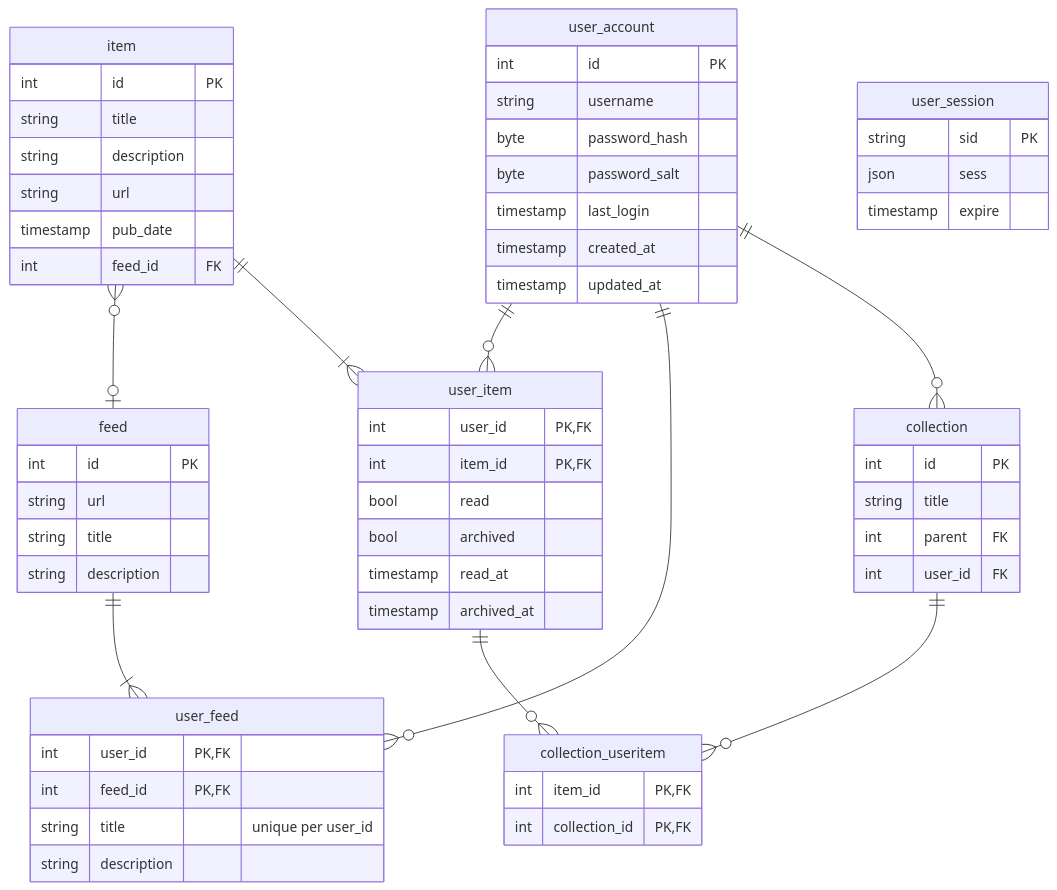
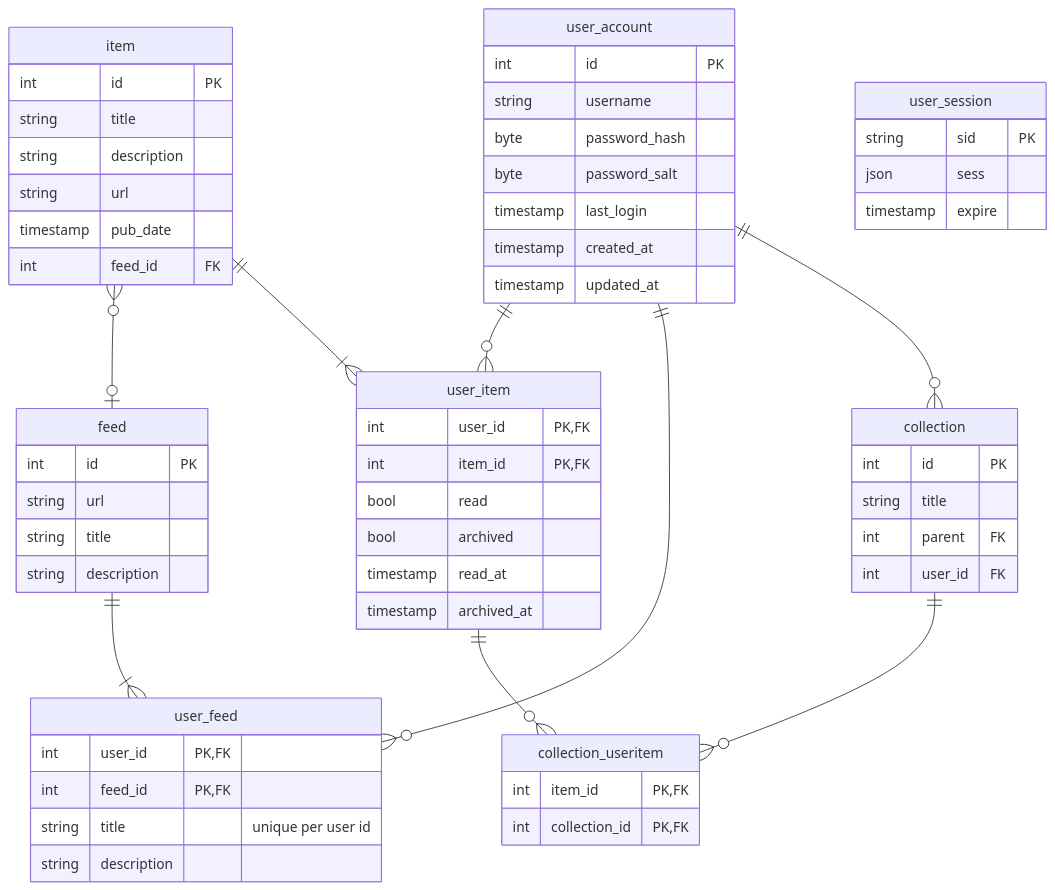
One commit to tylershelton/inflow changed the diagram in database/README.md. Above: the diagram before and after it, drawn with Mermaid.

Commit message:
Clean up underscore that mermaid seems to be tripping up on

````diff
--- a/database/README.md
+++ b/database/README.md
@@ -3,67 +3,67 @@
 ```mermaid
 erDiagram
   collection {
 	  int id PK
 	  string title
 	  int parent FK
 	  int user_id FK
 	}
 	feed {
 		int id PK
 		string url
 		string title
 		string description
 	}
 	item {
 		int id PK
 		string title
 		string description
 		string url
 		timestamp pub_date
 		int feed_id FK
 	}
 	user_account {
 		int id PK
 		string username
 		byte password_hash
 		byte password_salt
 		timestamp last_login
 		timestamp created_at
 		timestamp updated_at
 	}
 	user_session {
 		string sid PK
 		json sess
 		timestamp expire
 	}
 	collection_useritem {
 		int item_id PK,FK
 		int collection_id PK,FK
 	}
 	user_feed {
 		int user_id PK,FK
 		int feed_id PK,FK
-		string title "unique per user_id"
+		string title "unique per user id"
 		string description
 	}
 	user_item {
 		int user_id PK,FK
 		int item_id PK,FK
 		bool read
 		bool archived
 		timestamp read_at
 		timestamp archived_at
 	}
 	
 	item zero or many -- zero or one feed : ""
 	user_item one -- zero or more collection_useritem : ""
 	item one -- one or more user_item : ""
 
 	user_account one -- zero or more user_item  : ""
 	user_account one -- zero or more user_feed  : ""
 	user_account one -- zero or more collection : ""
 	
 	feed one -- one or more user_feed : ""
 	
 	collection one -- zero or more collection_useritem : ""
 ```
````
